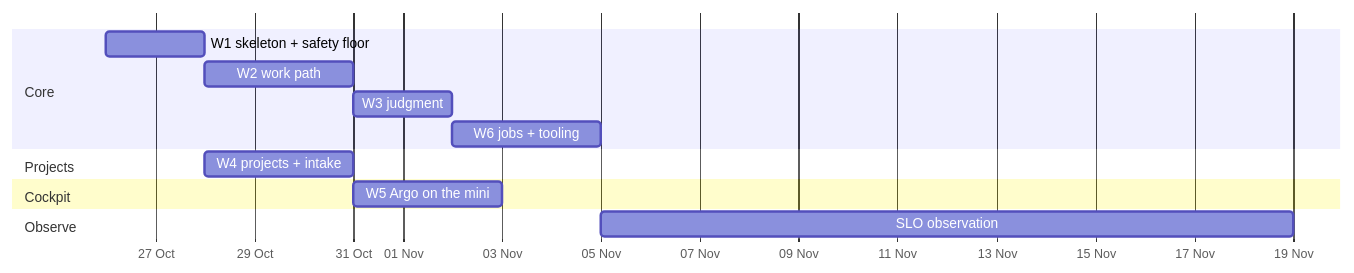
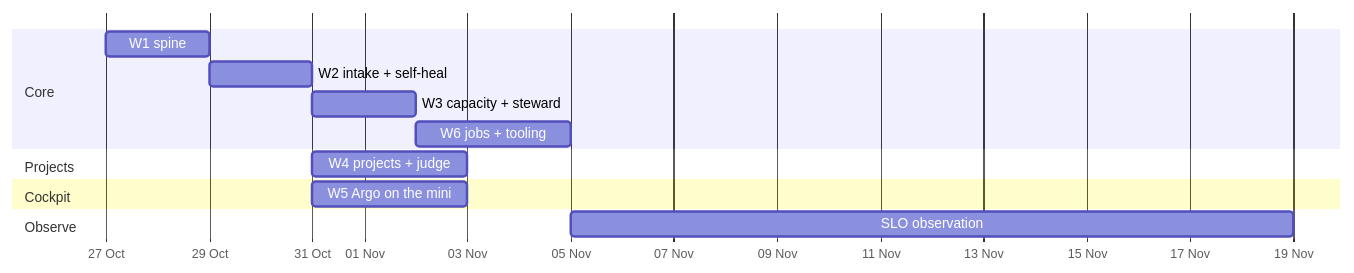
Before and after one commit to jkrumm/dotfiles: the diagram in docs/factory/tdd/12-plan.md, drawn with Mermaid. The commit also changed other lines of this file and 26 other files, not shown here.

````diff
--- a/docs/factory/tdd/12-plan.md
+++ b/docs/factory/tdd/12-plan.md
@@ -32,16 +35,16 @@
 ```mermaid
 gantt
   dateFormat YYYY-MM-DD
   axisFormat %d %b
   section Core
-  W1 skeleton + safety floor  :w1, 2026-10-26, 2d
-  W2 work path                :w2, after w1, 3d
-  W3 judgment                 :w3, after w2, 2d
+  W1 spine                    :w1, 2026-10-27, 2d
+  W2 intake + self-heal       :w2, after w1, 2d
+  W3 capacity + steward       :w3, after w2, 2d
   W6 jobs + tooling           :w6, after w3, 3d
   section Projects
-  W4 projects + intake        :w4, after w1, 3d
+  W4 projects + judge         :w4, after w2, 3d
   section Cockpit
   W5 Argo on the mini         :w5, after w2, 3d
   section Observe
   SLO observation             :obs, after w6, 14d
 ```
````
